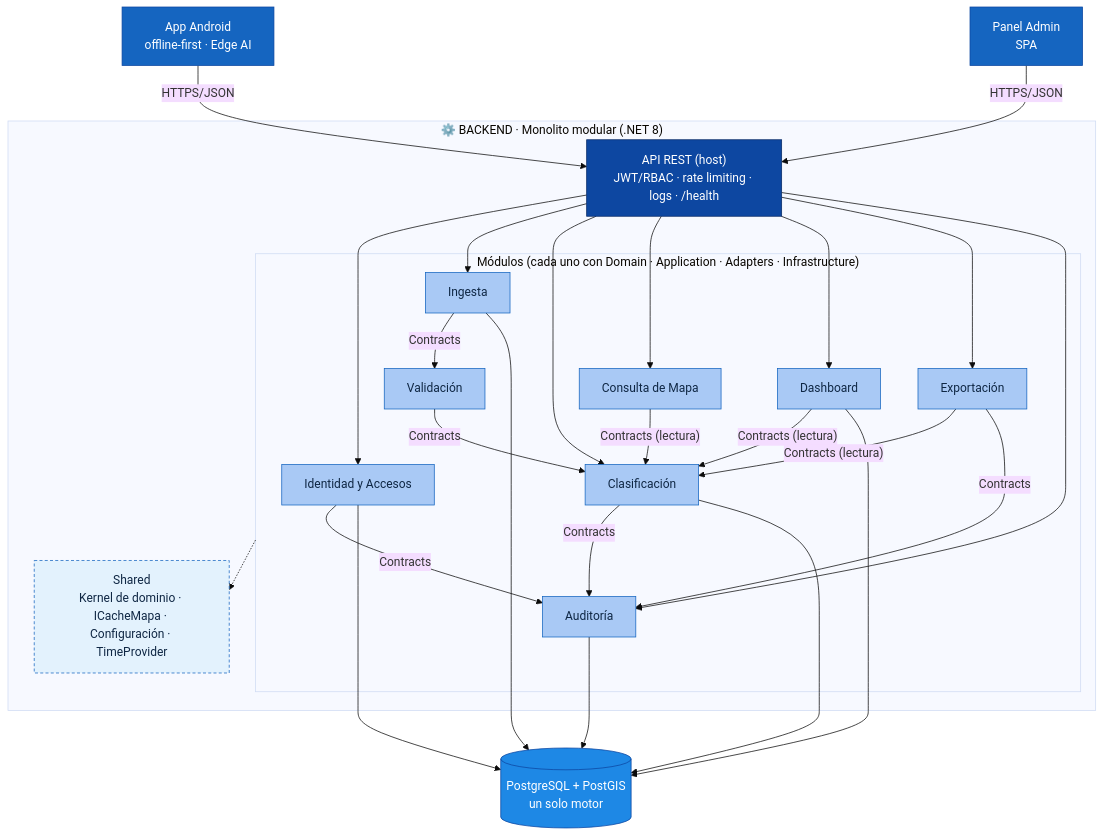
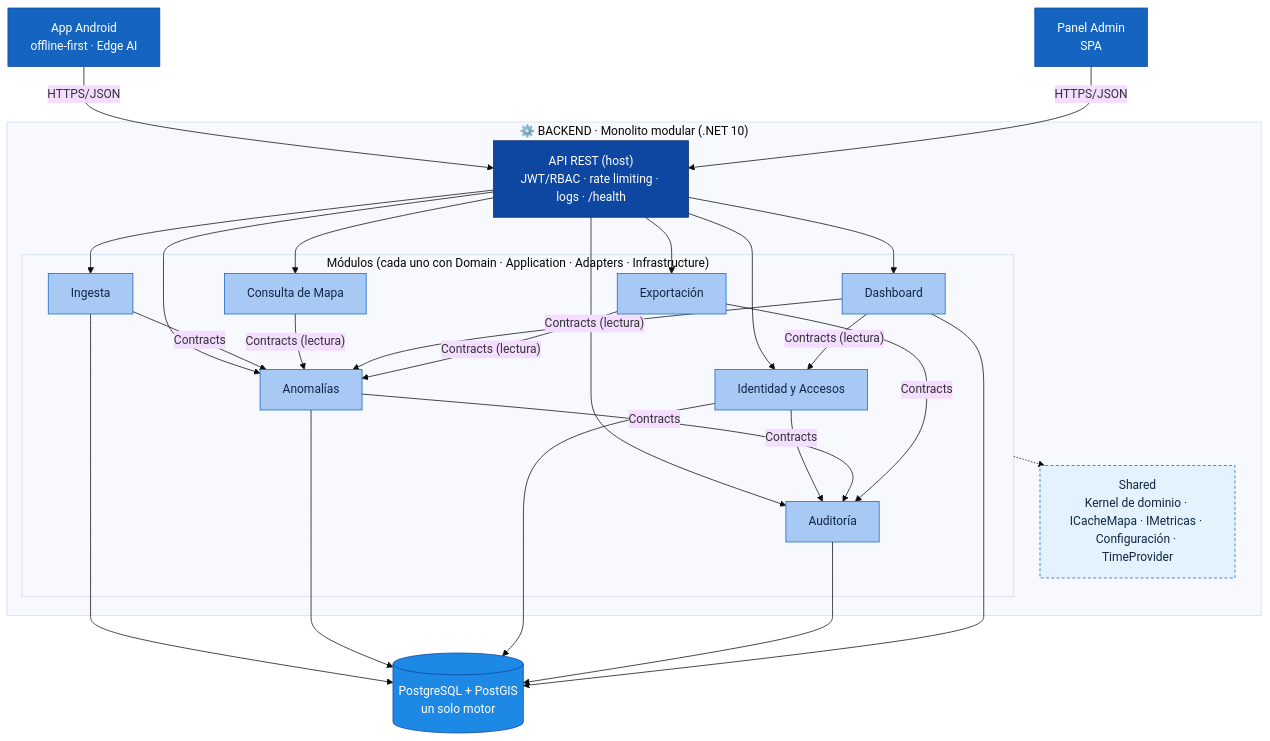
Before and after one commit to Crisso29/KillaUru_Sprint01: the diagram in docs/02-arquitectura-de-software/estilo-arquitectonico.md, drawn with Mermaid (base theme). The commit also changed other lines of this file and 12 other files, not shown here.

````diff
--- a/docs/02-arquitectura-de-software/estilo-arquitectonico.md
+++ b/docs/02-arquitectura-de-software/estilo-arquitectonico.md
@@ -51,56 +51,55 @@
 ```mermaid
 flowchart TD
     classDef cliente fill:#1565C0,color:#fff,stroke:#0d47a1
     classDef host fill:#0D47A1,color:#fff,stroke:#082a66
     classDef modulo fill:#A9C9F5,color:#0F2744,stroke:#1565C0
     classDef compartido fill:#E3F2FD,color:#0F2744,stroke:#1565C0,stroke-dasharray: 4 3
     classDef datos fill:#1E88E5,color:#fff,stroke:#0d47a1
 
     APP["App Android<br/>offline-first · Edge AI"]:::cliente
     PANEL["Panel Admin<br/>SPA"]:::cliente
 
-    subgraph BACKEND["⚙️ BACKEND · Monolito modular (.NET 8)"]
+    subgraph BACKEND["⚙️ BACKEND · Monolito modular (.NET 10)"]
         HOST["API REST (host)<br/>JWT/RBAC · rate limiting · logs · /health"]:::host
 
         subgraph NEGOCIO["Módulos (cada uno con Domain · Application · Adapters · Infrastructure)"]
             ID["Identidad y Accesos"]:::modulo
             ING["Ingesta"]:::modulo
-            VAL["Validación"]:::modulo
-            CLA["Clasificación"]:::modulo
+            ANO["Anomalías"]:::modulo
             MAPA["Consulta de Mapa"]:::modulo
             DASH["Dashboard"]:::modulo
             EXP["Exportación"]:::modulo
             AUD["Auditoría"]:::modulo
         end
 
-        SHARED["Shared<br/>Kernel de dominio · ICacheMapa · Configuración · TimeProvider"]:::compartido
+        SHARED["Shared<br/>Kernel de dominio · ICacheMapa · IMetricas · Configuración · TimeProvider"]:::compartido
     end
 
     DB[("PostgreSQL + PostGIS<br/>un solo motor")]:::datos
 
     APP -- "HTTPS/JSON" --> HOST
     PANEL -- "HTTPS/JSON" --> HOST
     HOST --> ID
     HOST --> ING
-    HOST --> CLA
+    HOST --> ANO
     HOST --> MAPA
     HOST --> DASH
     HOST --> EXP
     HOST --> AUD
 
-    ING -- "Contracts" --> VAL
-    VAL -- "Contracts" --> CLA
-    MAPA -- "Contracts (lectura)" --> CLA
-    DASH -- "Contracts (lectura)" --> CLA
-    EXP -- "Contracts (lectura)" --> CLA
+    ING -- "Contracts" --> ANO
+    MAPA -- "Contracts (lectura)" --> ANO
+    DASH -- "Contracts (lectura)" --> ANO
+    DASH -- "Contracts (lectura)" --> ID
+    EXP -- "Contracts (lectura)" --> ANO
     ID -- "Contracts" --> AUD
-    CLA -- "Contracts" --> AUD
+    ANO -- "Contracts" --> AUD
     EXP -- "Contracts" --> AUD
 
     ING --> DB
-    CLA --> DB
+    ANO --> DB
     ID --> DB
     AUD --> DB
     DASH --> DB
     NEGOCIO -.-> SHARED
 ```
````
